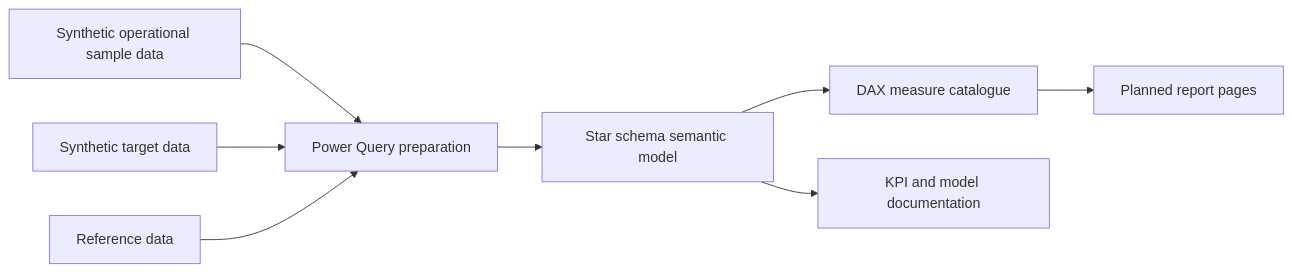
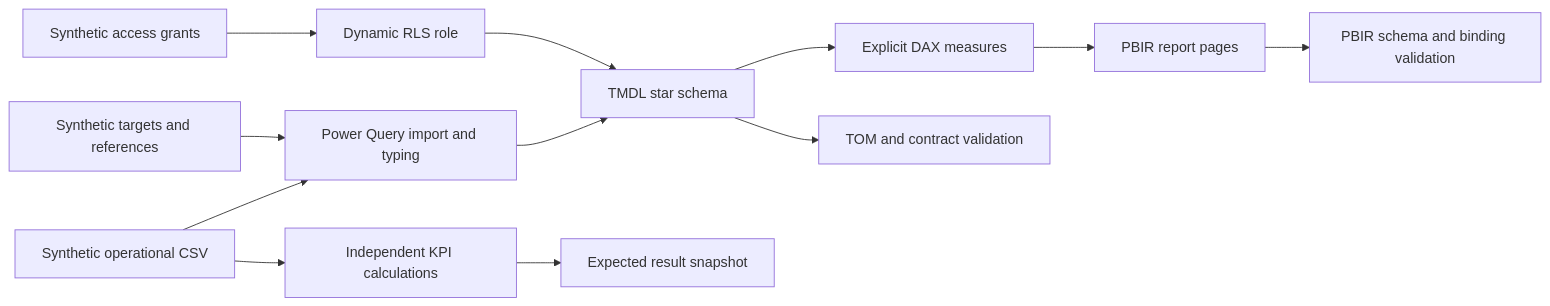
The diagram in README.md (quantameridian/powerbi-kpi-semantic-model), drawn with Mermaid before and after one commit. The commit also changed other lines of this file and 86 other files, not shown here.

````diff
--- a/README.md
+++ b/README.md
@@ -126,10 +36,14 @@
 ```mermaid
 flowchart LR
-    A["Synthetic operational sample data"] --> B["Power Query preparation"]
-    C["Synthetic target data"] --> B
-    D["Reference data"] --> B
-    B --> E["Star schema semantic model"]
-    E --> F["DAX measure catalogue"]
-    F --> G["Planned report pages"]
-    E --> H["KPI and model documentation"]
+    A["Synthetic operational CSV"] --> Q["Power Query import and typing"]
+    T["Synthetic targets and references"] --> Q
+    S["Synthetic access grants"] --> R["Dynamic RLS role"]
+    Q --> M["TMDL star schema"]
+    R --> M
+    M --> D["Explicit DAX measures"]
+    D --> P["PBIR report pages"]
+    M --> V["TOM and contract validation"]
+    P --> W["PBIR schema and binding validation"]
+    A --> C["Independent KPI calculations"]
+    C --> E["Expected result snapshot"]
 ```
````
